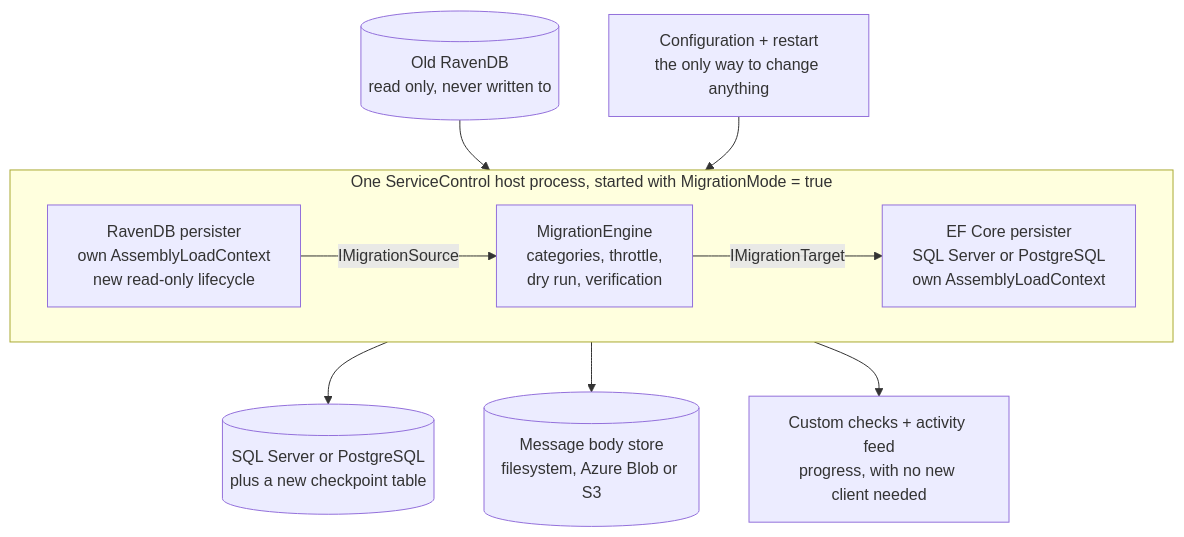
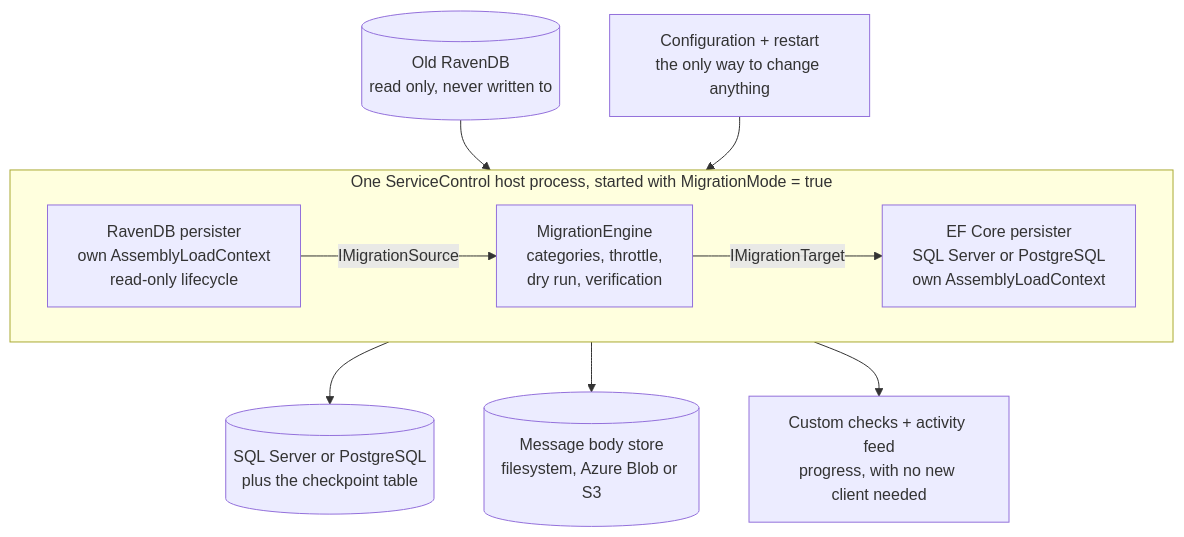
One commit to Particular/ServiceControl changed the first of 4 diagrams in docs/migration/ravendb-to-sql-migration-overview.md. Above: the diagram before and after it, drawn with Mermaid. The commit also changed other lines of this file and 2 other files, not shown here.

Commit message:
docs: Update migration documentation for clarity on RavenDB to SQL migration process

````diff
--- a/docs/migration/ravendb-to-sql-migration-overview.md
+++ b/docs/migration/ravendb-to-sql-migration-overview.md
@@ -92,24 +92,24 @@
 ```mermaid
 flowchart TB
     cfg["Configuration + restart<br/>the only way to change anything"]
     checks["Custom checks + activity feed<br/>progress, with no new client needed"]
 
     subgraph host["One ServiceControl host process, started with MigrationMode = true"]
         direction LR
-        raven["RavenDB persister<br/>own AssemblyLoadContext<br/>new read-only lifecycle"]
+        raven["RavenDB persister<br/>own AssemblyLoadContext<br/>read-only lifecycle"]
         engine["MigrationEngine<br/>categories, throttle,<br/>dry run, verification"]
         target["EF Core persister<br/>SQL Server or PostgreSQL<br/>own AssemblyLoadContext"]
         raven -->|"IMigrationSource"| engine
         engine -->|"IMigrationTarget"| target
     end
 
     old[("Old RavenDB<br/>read only, never written to")]
-    sql[("SQL Server or PostgreSQL<br/>plus a new checkpoint table")]
+    sql[("SQL Server or PostgreSQL<br/>plus the checkpoint table")]
     bodies[("Message body store<br/>filesystem, Azure Blob or S3")]
 
     cfg --> host
     host --> checks
     old --> raven
     target --> sql
     target --> bodies
 ```
````
